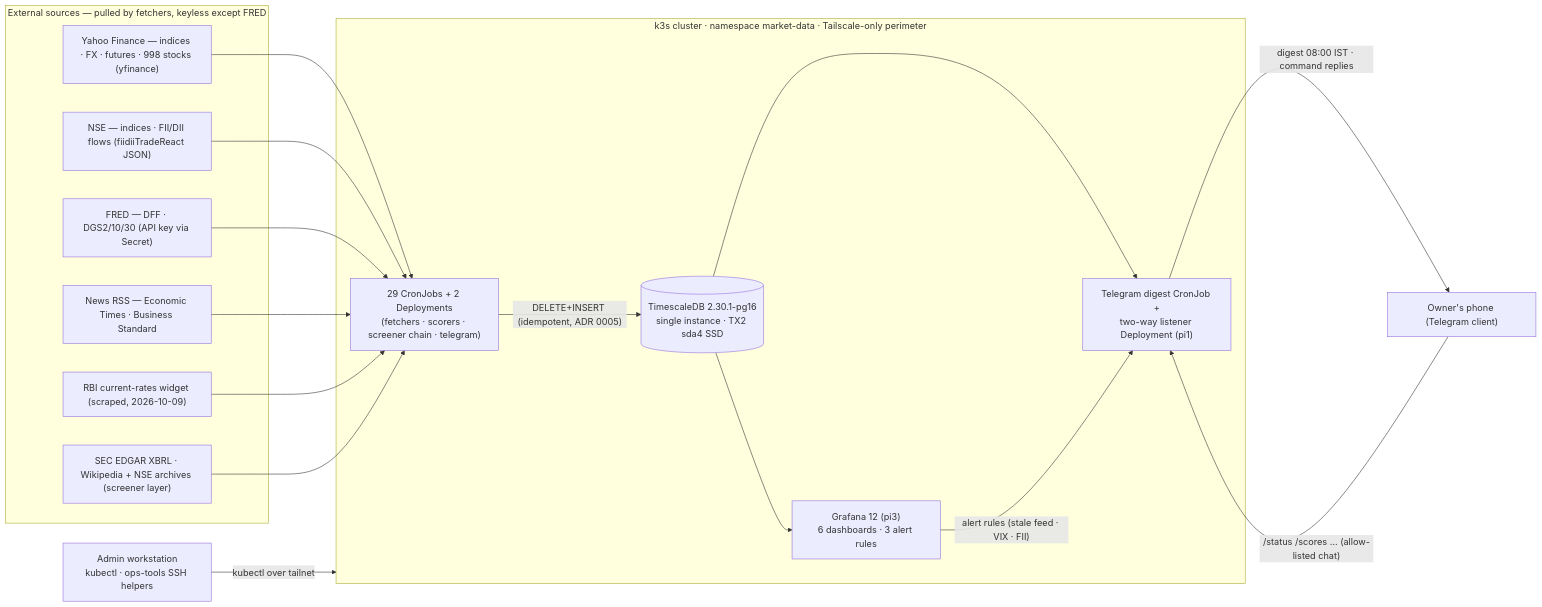
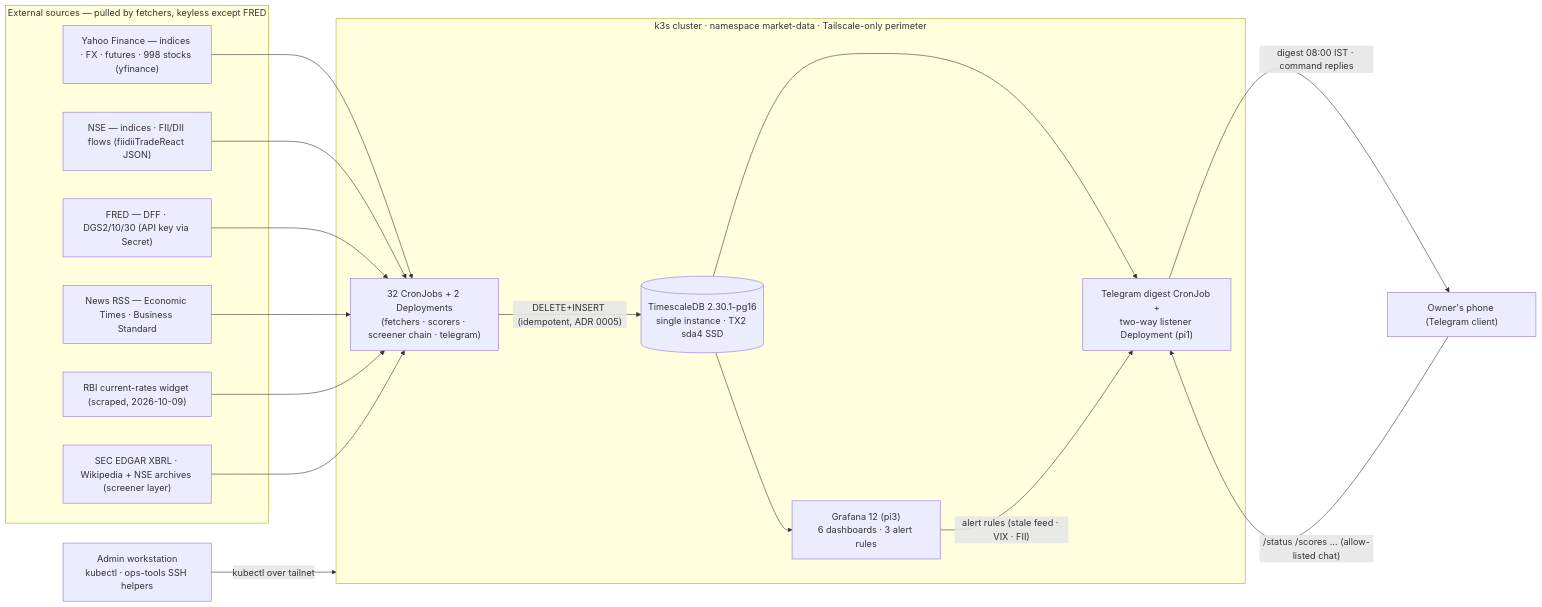
One commit to ahemanthyadav/-pi-market-pipeline changed the first of 9 diagrams in docs/market-data-architecture.md. Above: the diagram before and after it, drawn with Mermaid. The commit also changed other lines of this file and 22 other files, not shown here.

````diff
--- a/docs/market-data-architecture.md
+++ b/docs/market-data-architecture.md
@@ -69,35 +69,35 @@
 ```mermaid
 flowchart LR
     subgraph EXT["External sources — pulled by fetchers, keyless except FRED"]
         YF["Yahoo Finance — indices · FX · futures · 998 stocks (yfinance)"]
         NSE["NSE — indices · FII/DII flows (fiidiiTradeReact JSON)"]
         FRED["FRED — DFF · DGS2/10/30 (API key via Secret)"]
         RSS["News RSS — Economic Times · Business Standard"]
         RBIW["RBI current-rates widget (scraped, 2026-10-09)"]
         EDGR["SEC EDGAR XBRL · Wikipedia + NSE archives (screener layer)"]
     end
 
     subgraph K8S["k3s cluster · namespace market-data · Tailscale-only perimeter"]
-        JOBS["29 CronJobs + 2 Deployments<br/>(fetchers · scorers · screener chain · telegram)"]
+        JOBS["32 CronJobs + 2 Deployments<br/>(fetchers · scorers · screener chain · telegram)"]
         TSDB[("TimescaleDB 2.30.1-pg16<br/>single instance · TX2 sda4 SSD")]
         GRAF["Grafana 12 (pi3)<br/>6 dashboards · 3 alert rules"]
         TGB["Telegram digest CronJob +<br/>two-way listener Deployment (pi1)"]
     end
 
     ADMIN["Admin workstation<br/>kubectl · ops-tools SSH helpers"]
     PHONE["Owner's phone (Telegram client)"]
 
     YF --> JOBS
     NSE --> JOBS
     FRED --> JOBS
     RSS --> JOBS
     RBIW --> JOBS
     EDGR --> JOBS
     JOBS -- "DELETE+INSERT (idempotent, ADR 0005)" --> TSDB
     TSDB --> GRAF
     TSDB --> TGB
     GRAF -- "alert rules (stale feed · VIX · FII)" --> TGB
     TGB -- "digest 08:00 IST · command replies" --> PHONE
     PHONE -- "/status /scores … (allow-listed chat)" --> TGB
     ADMIN -- "kubectl over tailnet" --> K8S
 ```
````
